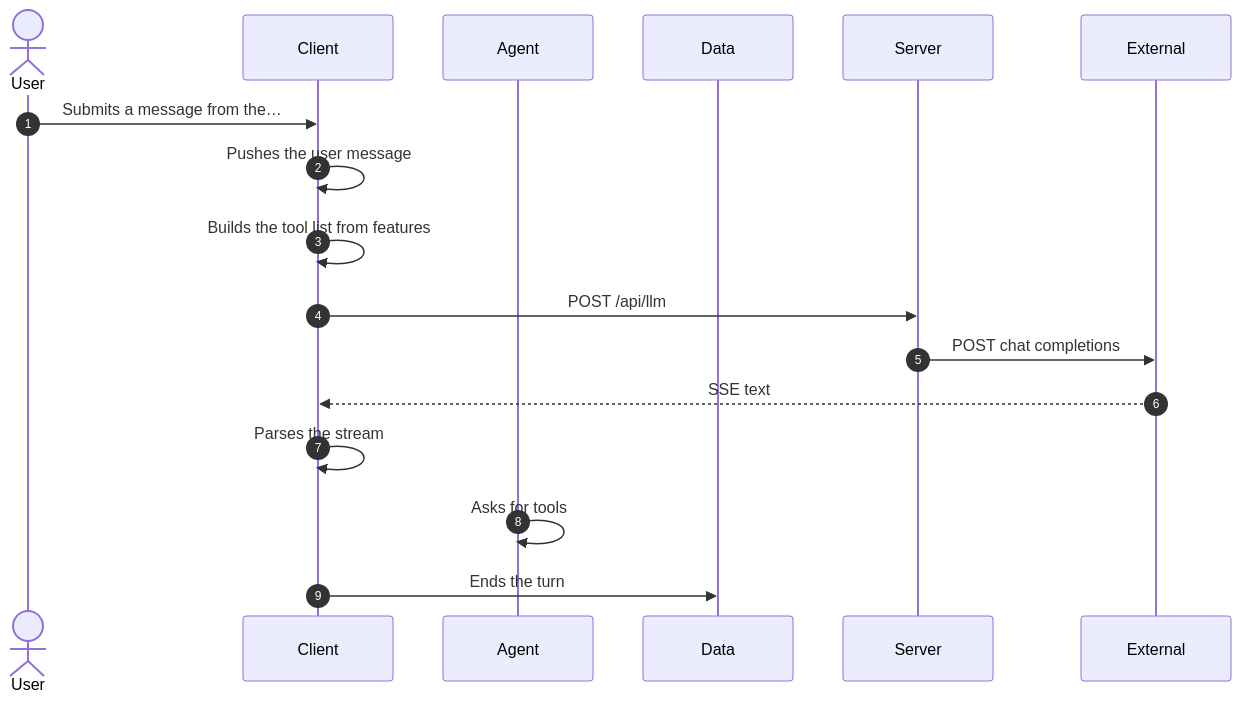
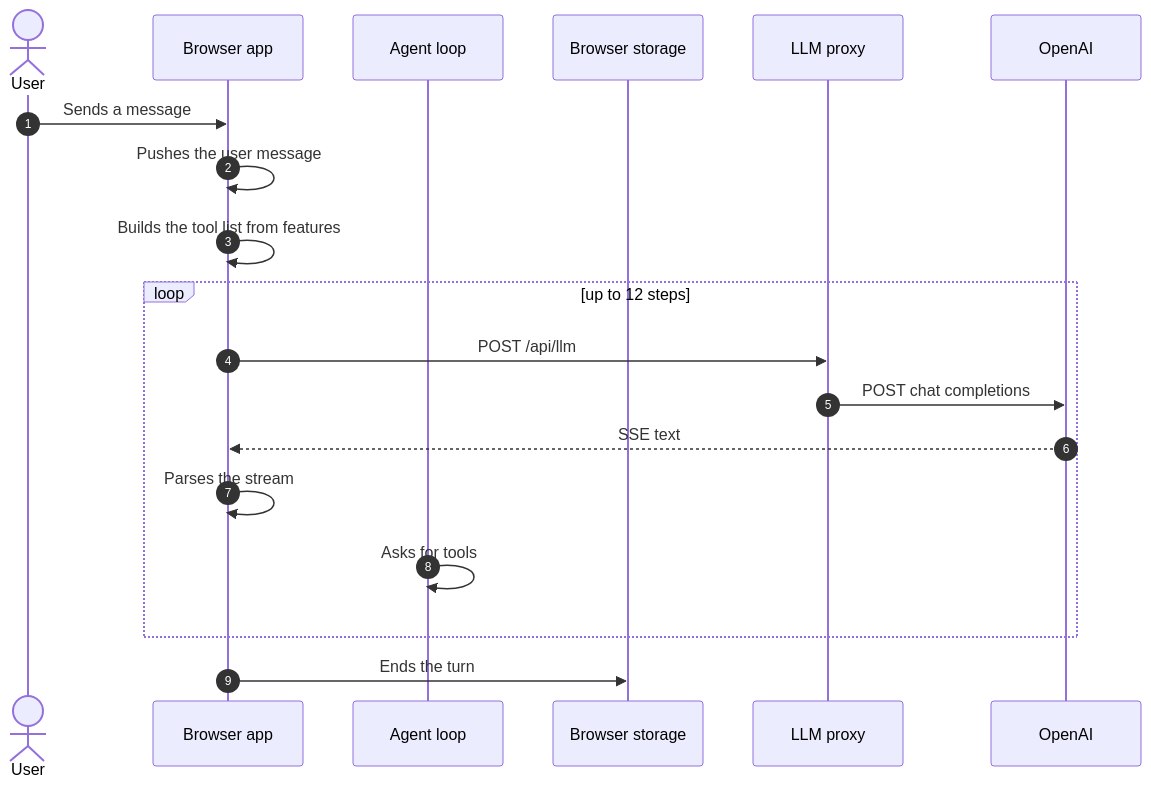
Before and after one commit to lngsa1234/mini-muse-mvp: the diagram in docs/architecture/workflows/chat-turn.md, drawn with Mermaid. The commit also changed other lines of this file and 23 other files, not shown here.

````diff
--- a/docs/architecture/workflows/chat-turn.md
+++ b/docs/architecture/workflows/chat-turn.md
@@ -15,19 +15,21 @@
 ```mermaid
 sequenceDiagram
   autonumber
   actor user as User
-  participant client as Client
-  participant agent as Agent
-  participant data as Data
-  participant server as Server
-  participant external as External
-  user->>client: Submits a message from the…
+  participant client as Browser app
+  participant agent as Agent loop
+  participant data as Browser storage
+  participant server as LLM proxy
+  participant external as OpenAI
+  user->>client: Sends a message
   client->>client: Pushes the user message
   client->>client: Builds the tool list from features
+  loop up to 12 steps
   client->>server: POST /api/llm
   server->>external: POST chat completions
   external-->>client: SSE text
   client->>client: Parses the stream
   agent->>agent: Asks for tools
+  end
   client->>data: Ends the turn
 ```
````
